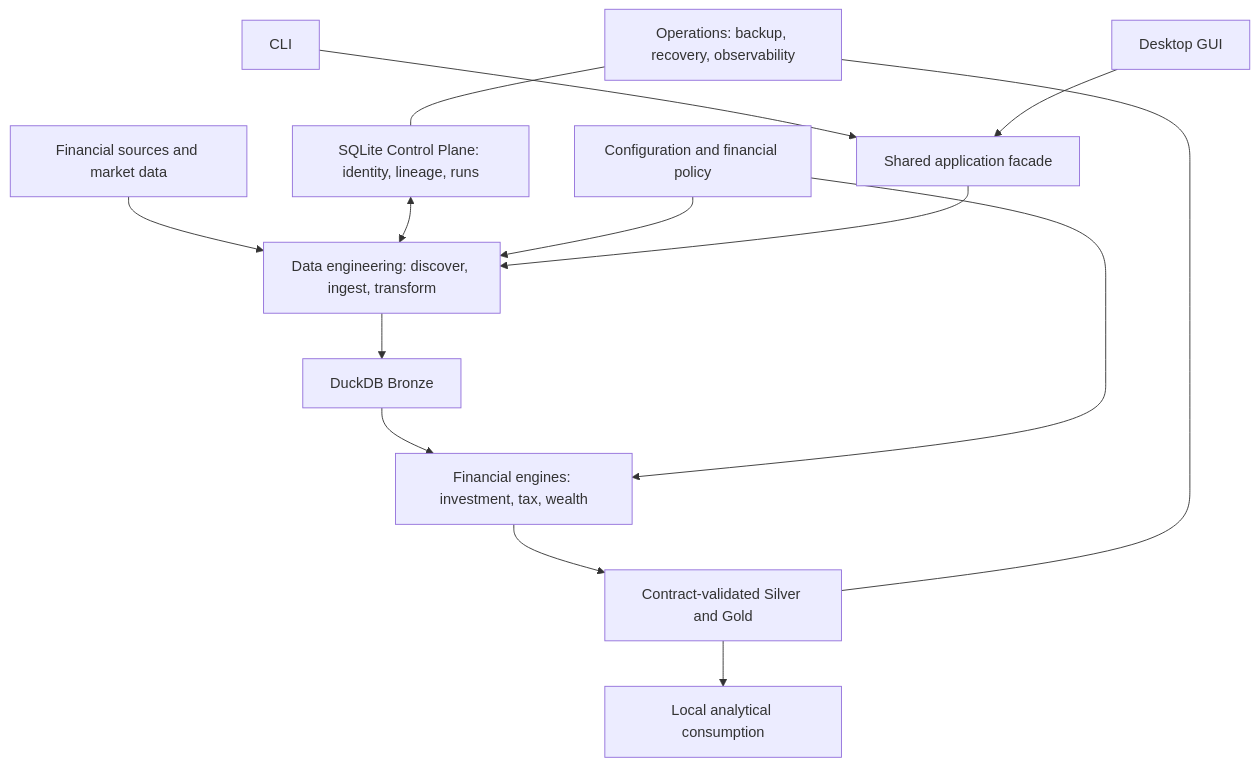
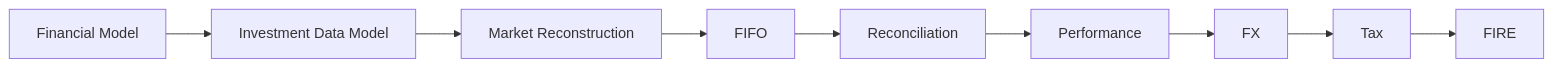
The fourth of 8 diagrams in docs/README.md (tks18/personal-finance-etl), drawn with Mermaid before and after one commit. The commit also changed other lines of this file, not shown here.

````diff
--- a/docs/README.md
+++ b/docs/README.md
@@ -11,16 +102,4 @@
 ```mermaid
-flowchart TB
-    SRC["Financial sources and market data"] --> DE["Data engineering: discover, ingest, transform"]
-    CP["SQLite Control Plane: identity, lineage, runs"] <--> DE
-    DE --> BR["DuckDB Bronze"]
-    BR --> FIN["Financial engines: investment, tax, wealth"]
-    FIN --> PUB["Contract-validated Silver and Gold"]
-    PUB --> BI["Local analytical consumption"]
-    CFG["Configuration and financial policy"] --> DE
-    CFG --> FIN
-    CLI["CLI"] --> API["Shared application facade"]
-    GUI["Desktop GUI"] --> API
-    API --> DE
-    OPS["Operations: backup, recovery, observability"] --- CP
-    OPS --- PUB
+flowchart LR
+    A["Financial Model"] --> B["Investment Data Model"] --> C["Market Reconstruction"] --> D["FIFO"] --> E["Reconciliation"] --> F["Performance"] --> G["FX"] --> H["Tax"] --> I["FIRE"]
 ```
````
